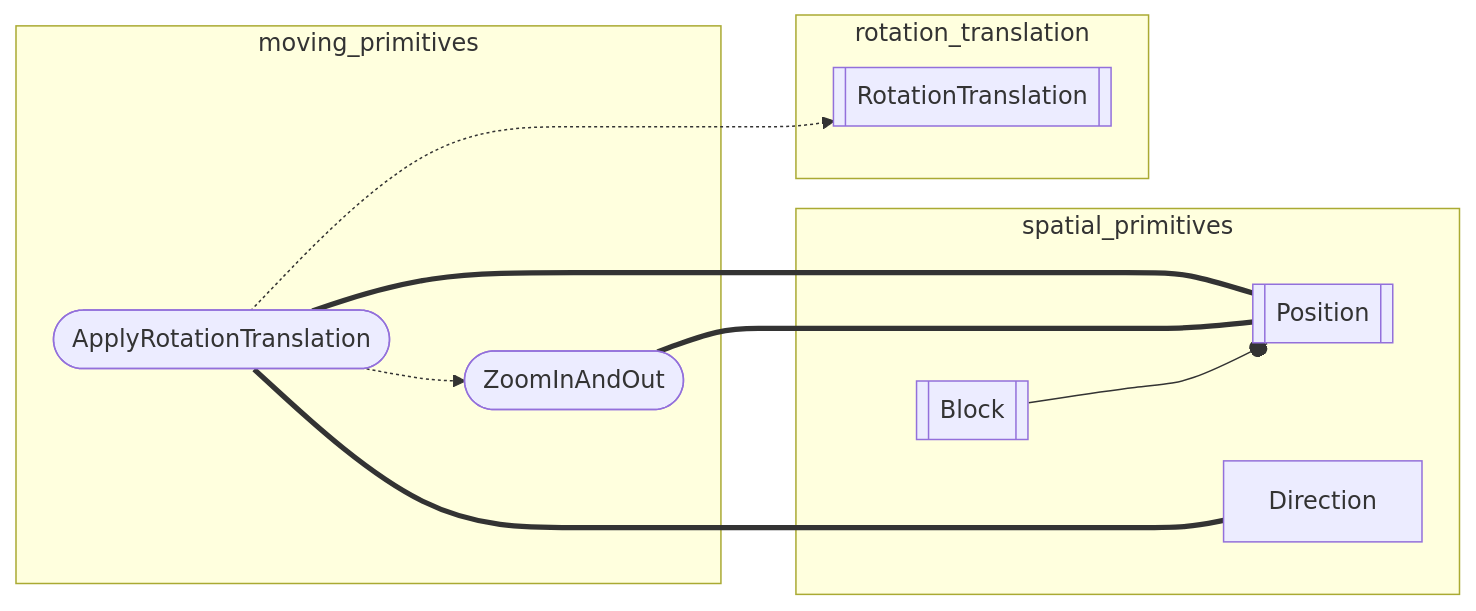
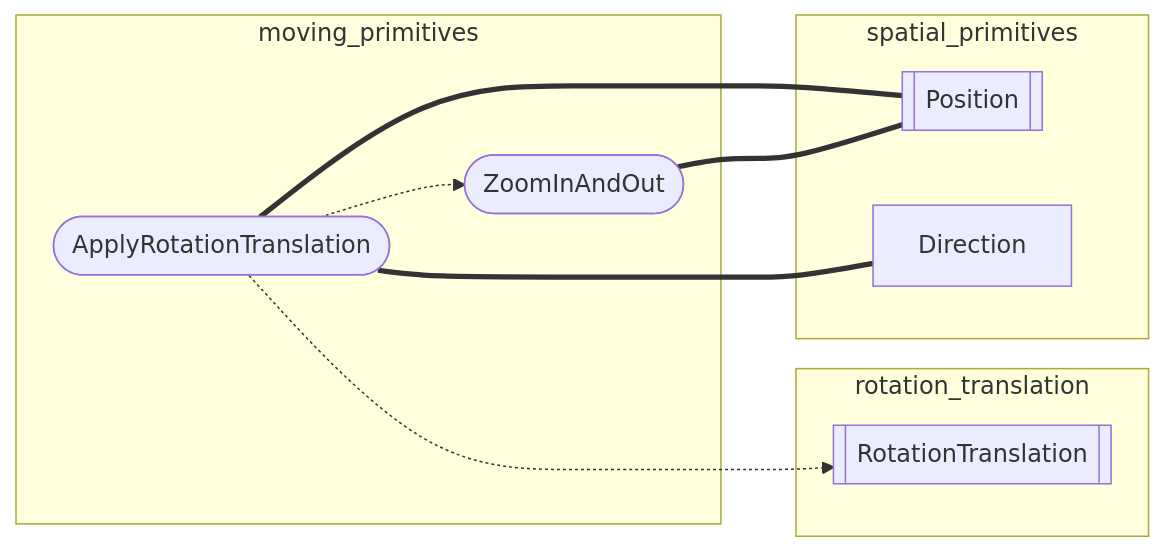
Before and after one commit to inesvar/tetris: the second of 2 diagrams in src/app/player/back_end/flowgraph.md, drawn with Mermaid. The commit also changed other lines of this file and 7 other files, not shown here.

Commit message:
Move Block out of spatial_primitives

````diff
--- a/src/app/player/back_end/flowgraph.md
+++ b/src/app/player/back_end/flowgraph.md
@@ -47,37 +58,35 @@
 ```mermaid
 graph LR
     %% objects
     Position[[Position]]
-    Block[[Block]]
     Direction[Direction]
     RotationTranslation[[RotationTranslation]]
     ApplyRotationTranslation([ApplyRotationTranslation])
     ZoomInAndOut([ZoomInAndOut])
 
     %% modules
     rotation_translation[rotation_translation]
     spatial_primitives[spatial_primitives]
     moving_primitives[moving_primitives]
 
     subgraph spatial_primitives
-        Block --o Position
+        Position
         Direction
     end
 
     subgraph rotation_translation
         RotationTranslation
     end
 
     subgraph moving_primitives
         ApplyRotationTranslation
         ZoomInAndOut
     end
 
     ZoomInAndOut === Position
     ApplyRotationTranslation === Position & Direction
     ApplyRotationTranslation -.-> RotationTranslation
     ApplyRotationTranslation -.-> ZoomInAndOut
 
-    ZoomInAndOut ~~~ Block & Direction & RotationTranslation
-    Block ~~~ Direction
+    ZoomInAndOut ~~~ Direction & RotationTranslation
 ```
````
